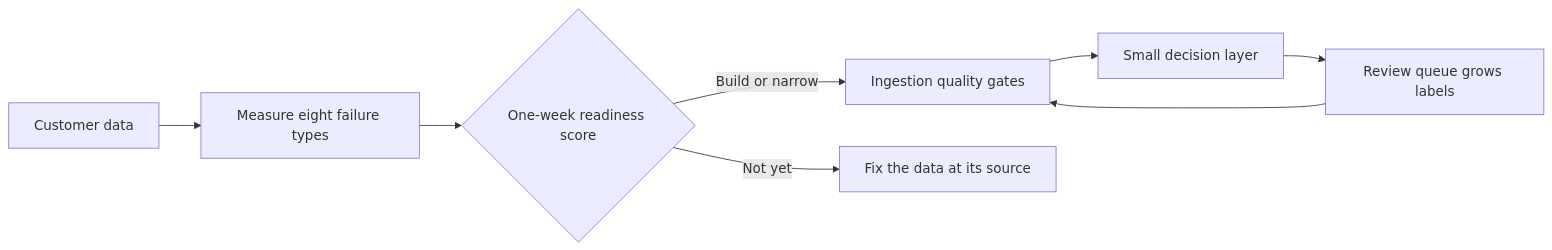
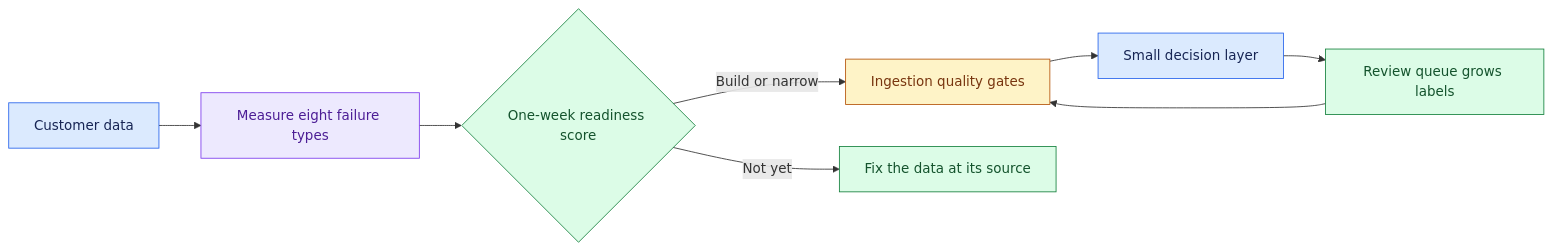
One commit to Sourav692/Forward-Deployed-Engineer-Interview-Prep changed the diagram in site/case-pages/build-when-customer-data-is-poor/introduction.md. Above: the diagram before and after it, drawn with Mermaid. The commit also changed other lines of this file and 1268 other files, not shown here.

First line of the commit message:
content: polish Casebook writing and Mermaid diagrams (#251)

````diff
--- a/site/case-pages/build-when-customer-data-is-poor/introduction.md
+++ b/site/case-pages/build-when-customer-data-is-poor/introduction.md
@@ -15,10 +17,20 @@
 ```mermaid
 flowchart LR
   A[Customer data] --> B[Measure eight failure types]
   B --> C{One-week readiness score}
   C -->|Build or narrow| D[Ingestion quality gates]
   D --> E[Small decision layer]
   E --> F[Review queue grows labels]
   F --> D
   C -->|Not yet| G[Fix the data at its source]
+
+    %% Casebook colours: entry, reasoning, results, controls, and stopped paths.
+    classDef cbInput fill:#dbeafe,stroke:#2563eb,color:#172554
+    class A,E cbInput
+    classDef cbReason fill:#ede9fe,stroke:#7c3aed,color:#4c1d95
+    class B cbReason
+    classDef cbAction fill:#dcfce7,stroke:#15803d,color:#14532d
+    class C,F,G cbAction
+    classDef cbPolicy fill:#fef3c7,stroke:#b45309,color:#78350f
+    class D cbPolicy
 ```
````
